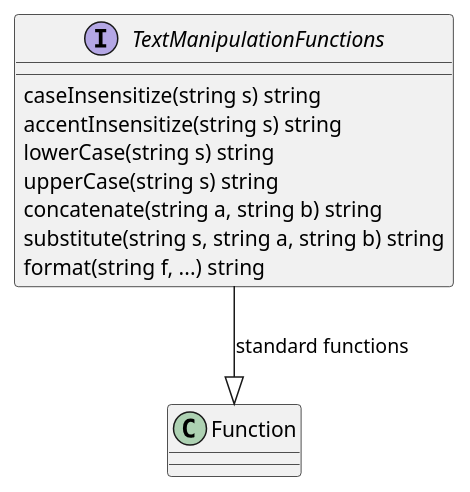
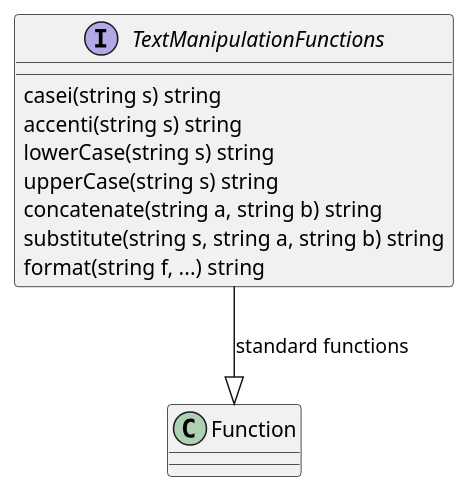
The fourth of 4 diagrams in 1-core/sections/clause_15_functions.adoc (opengeospatial/cartographic-symbology), drawn with PlantUML before and after one commit. The commit also changed other lines of this file and 2 other files, not shown here.

First line of the commit message:
Name the text functions casei and accenti, as in CQL2

```diff
--- a/1-core/sections/clause_15_functions.adoc
+++ b/1-core/sections/clause_15_functions.adoc
@@ -139,14 +139,14 @@
 [plantuml, target=diagram-classes, format=png]
 ....
 @startuml
 interface TextManipulationFunctions
 TextManipulationFunctions --|> Function : standard functions
-TextManipulationFunctions : caseInsensitize(string s) string
-TextManipulationFunctions : accentInsensitize(string s) string
+TextManipulationFunctions : casei(string s) string
+TextManipulationFunctions : accenti(string s) string
 TextManipulationFunctions : lowerCase(string s) string
 TextManipulationFunctions : upperCase(string s) string
 TextManipulationFunctions : concatenate(string a, string b) string
 TextManipulationFunctions : substitute(string s, string a, string b) string
 TextManipulationFunctions : format(string f, ...) string
 @enduml
 ....
```
